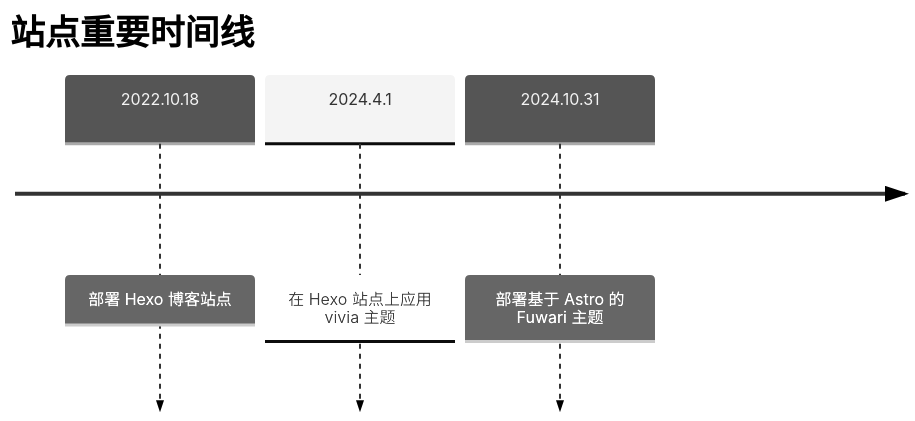
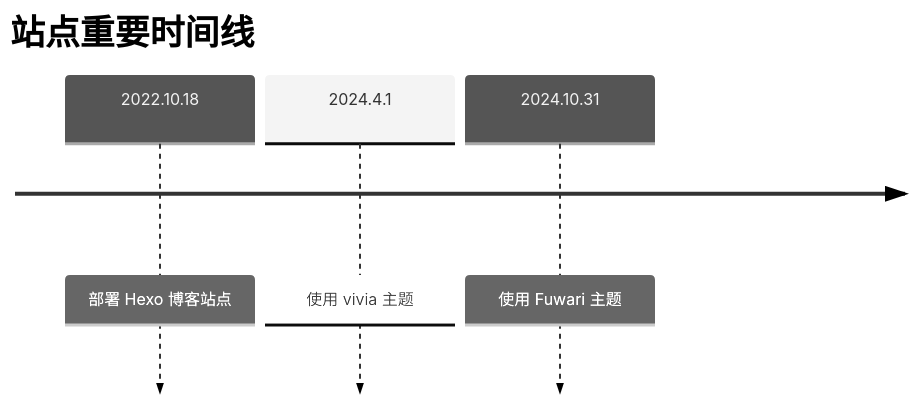
One commit to CosmoLau/blog changed the diagram in src/content/posts/site-records.md. Above: the diagram before and after it, drawn with Mermaid (neutral theme).

Commit message:
fix: 修复 Mermaid 时间线图没法换行的问题

````diff
--- a/src/content/posts/site-records.md
+++ b/src/content/posts/site-records.md
@@ -12,7 +12,7 @@
 ```mermaid
 timeline
     title 站点重要时间线
     2022.10.18 : 部署 Hexo 博客站点
-    2024.4.1 : 在 Hexo 站点上应用 vivia 主题
-    2024.10.31 : 部署基于 Astro 的 Fuwari 主题
+    2024.4.1 : 使用 vivia 主题
+    2024.10.31 : 使用 Fuwari 主题
 ```
````
